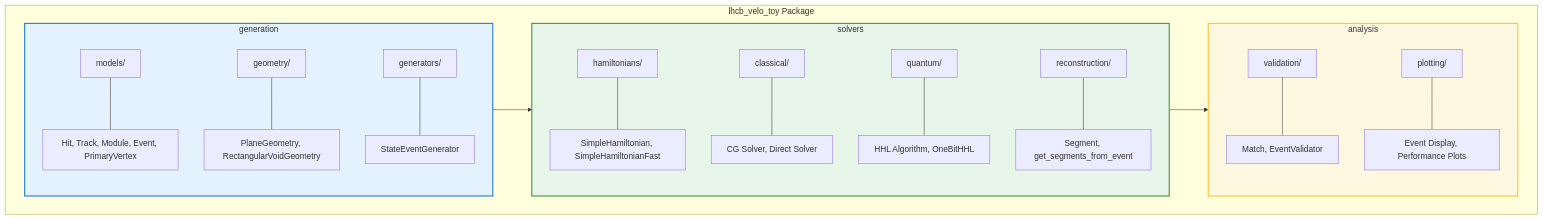
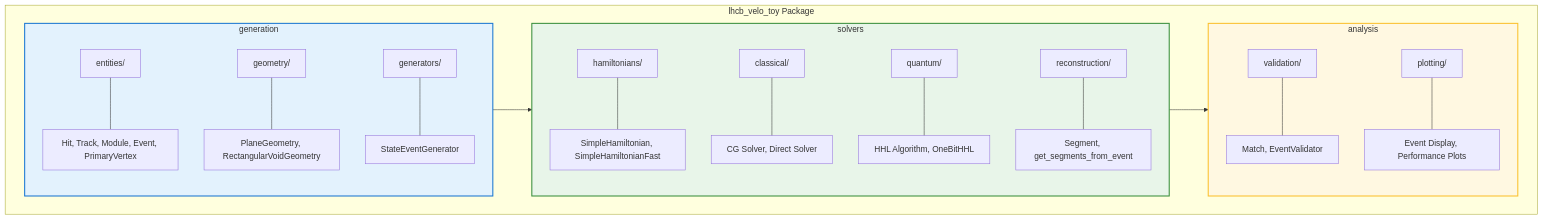
One commit to GeorgeWilliam1999/LHCb_VeLo_Toy_Model changed the first of 13 diagrams in docs/WORKFLOW_OVERVIEW.md. Above: the diagram before and after it, drawn with Mermaid. The commit also changed other lines of this file and 32 other files, not shown here.

First line of the commit message:
refactor: rename generation/models to generation/entities

````diff
--- a/docs/WORKFLOW_OVERVIEW.md
+++ b/docs/WORKFLOW_OVERVIEW.md
@@ -58,47 +58,47 @@
 ```mermaid
 graph TB
     subgraph PKG["lhcb_velo_toy Package"]
         subgraph GEN["generation"]
-            G1["models/"]
+            G1["entities/"]
             G1a["Hit, Track, Module, Event, PrimaryVertex"]
             G2["geometry/"]
             G2a["PlaneGeometry, RectangularVoidGeometry"]
             G3["generators/"]
             G3a["StateEventGenerator"]
             G1 --- G1a
             G2 --- G2a
             G3 --- G3a
         end
         
         subgraph SOL["solvers"]
             S1["hamiltonians/"]
             S1a["SimpleHamiltonian, SimpleHamiltonianFast"]
             S2["classical/"]
             S2a["CG Solver, Direct Solver"]
             S3["quantum/"]
             S3a["HHL Algorithm, OneBitHHL"]
             S4["reconstruction/"]
             S4a["Segment, get_segments_from_event"]
             S1 --- S1a
             S2 --- S2a
             S3 --- S3a
             S4 --- S4a
         end
         
         subgraph ANA["analysis"]
             A1["validation/"]
             A1a["Match, EventValidator"]
             A2["plotting/"]
             A2a["Event Display, Performance Plots"]
             A1 --- A1a
             A2 --- A2a
         end
     end
     
     GEN --> SOL
     SOL --> ANA
     
     style GEN fill:#e3f2fd,stroke:#1976d2,stroke-width:2px
     style SOL fill:#e8f5e9,stroke:#388e3c,stroke-width:2px
     style ANA fill:#fff8e1,stroke:#fbc02d,stroke-width:2px
 ```
````
